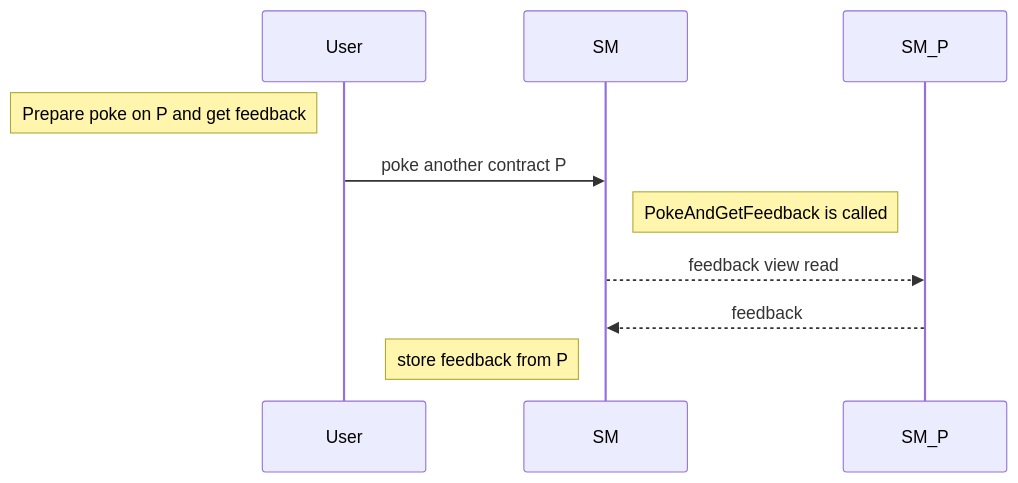
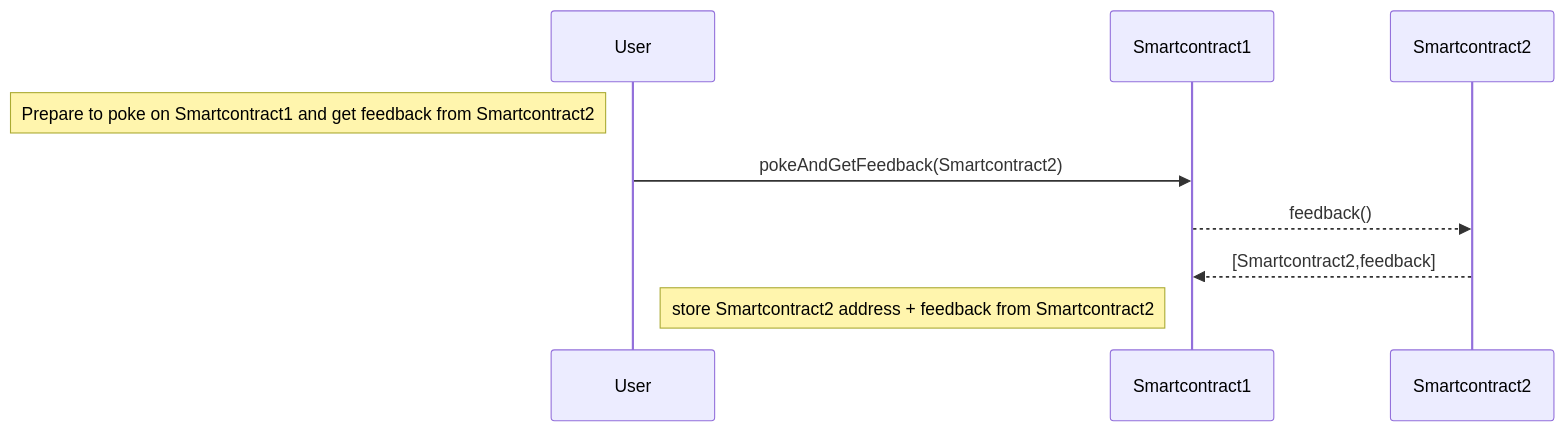
The third of 3 diagrams in README.md (marigold-dev/training-dapp-2), drawn with Mermaid before and after one commit. The commit also changed other lines of this file and 2 other files, not shown here.

````diff
--- a/README.md
+++ b/README.md
@@ -374,9 +353,8 @@
 ```mermaid
 sequenceDiagram
-  Note left of User: Prepare poke on P and get feedback
-  User->>SM: poke another contract P
-  Note right of SM: PokeAndGetFeedback is called
-  SM-->>SM_P : feedback view read
-  SM_P-->>SM : feedback
-  Note left of SM: store feedback from P
+  Note left of User: Prepare to poke on Smartcontract1 and get feedback from Smartcontract2
+  User->>Smartcontract1: pokeAndGetFeedback(Smartcontract2)
+  Smartcontract1-->>Smartcontract2 : feedback()
+  Smartcontract2-->>Smartcontract1 : [Smartcontract2,feedback]
+  Note left of Smartcontract1:  store Smartcontract2 address + feedback from Smartcontract2
 ```
````
